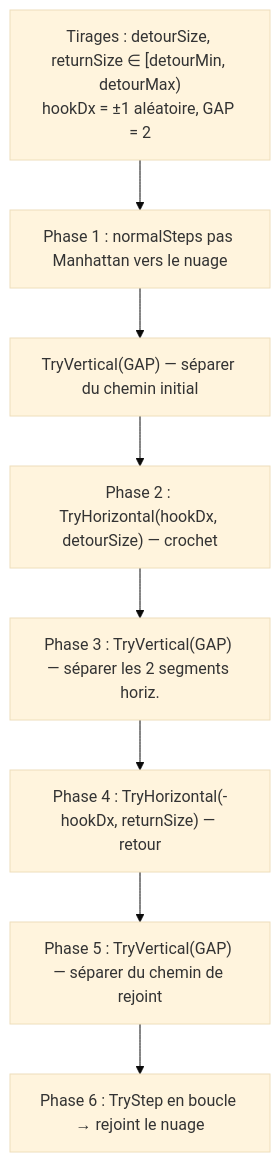
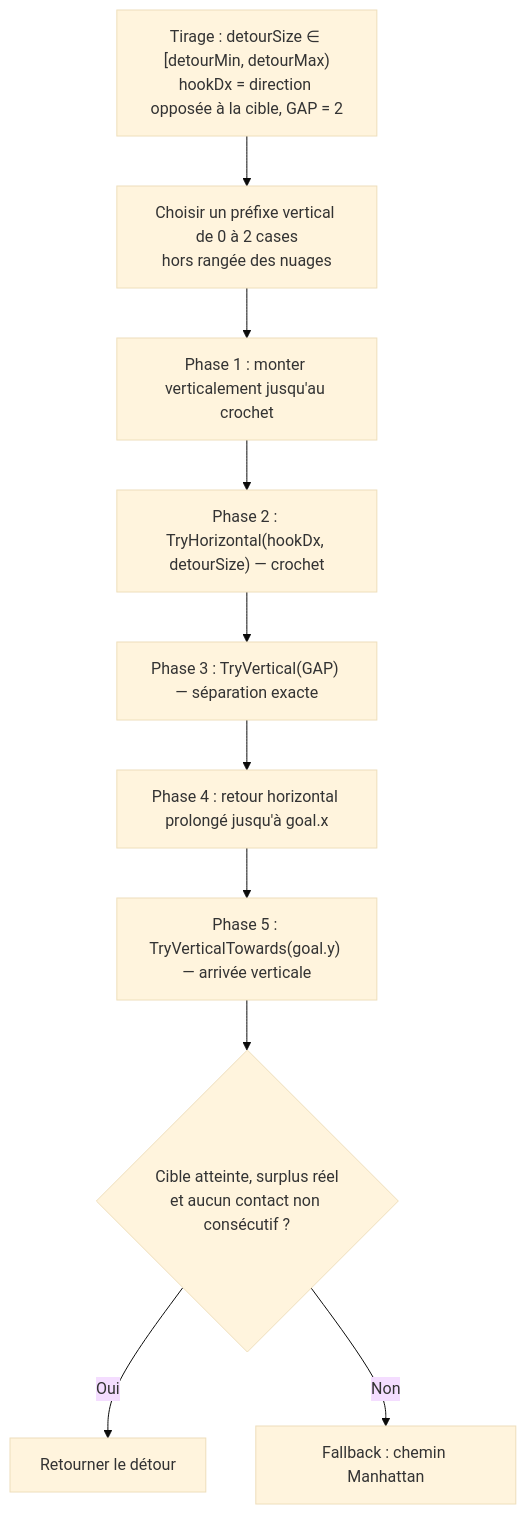
The sixth of 28 diagrams in Docs/TDD.md (PierreChagnon/BUGS), drawn with Mermaid (base theme) before and after one commit. The commit also changed other lines of this file and 1 other file, not shown here.

````diff
--- a/Docs/TDD.md
+++ b/Docs/TDD.md
@@ -444,10 +444,12 @@
 ```mermaid
 graph TD
-    D1["Tirages : detourSize, returnSize ∈ [detourMin, detourMax)<br/>hookDx = ±1 aléatoire, GAP = 2"] --> D2["Phase 1 : normalSteps pas Manhattan vers le nuage"]
-    D2 --> D3["TryVertical(GAP) — séparer du chemin initial"]
+    D1["Tirage : detourSize ∈ [detourMin, detourMax)<br/>hookDx = direction opposée à la cible, GAP = 2"] --> D2["Choisir un préfixe vertical de 0 à 2 cases<br/>hors rangée des nuages"]
+    D2 --> D3["Phase 1 : monter verticalement jusqu'au crochet"]
     D3 --> D4["Phase 2 : TryHorizontal(hookDx, detourSize) — crochet"]
-    D4 --> D5["Phase 3 : TryVertical(GAP) — séparer les 2 segments horiz."]
-    D5 --> D6["Phase 4 : TryHorizontal(-hookDx, returnSize) — retour"]
-    D6 --> D7["Phase 5 : TryVertical(GAP) — séparer du chemin de rejoint"]
-    D7 --> D8["Phase 6 : TryStep en boucle → rejoint le nuage"]
+    D4 --> D5["Phase 3 : TryVertical(GAP) — séparation exacte"]
+    D5 --> D6["Phase 4 : retour horizontal prolongé jusqu'à goal.x"]
+    D6 --> D7["Phase 5 : TryVerticalTowards(goal.y) — arrivée verticale"]
+    D7 --> D8{"Cible atteinte, surplus réel<br/>et aucun contact non consécutif ?"}
+    D8 -->|Oui| D9["Retourner le détour"]
+    D8 -->|Non| D10["Fallback : chemin Manhattan"]
 ```
````
